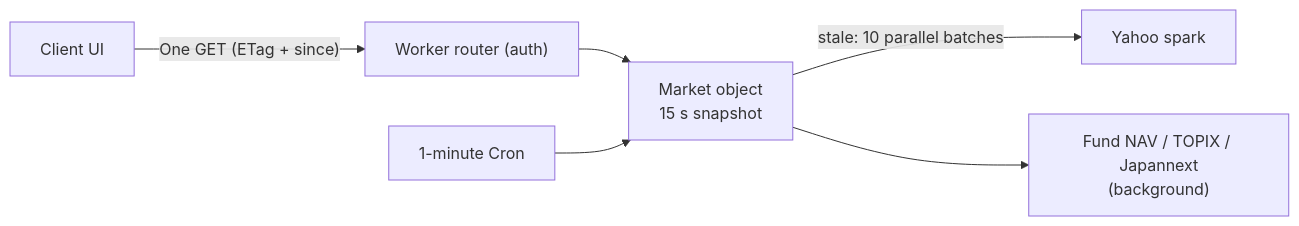
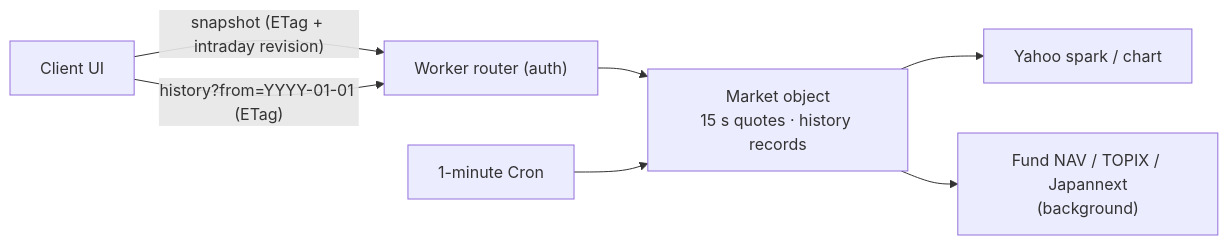
Before and after one commit to SotaYanagisawa/kabutora: the second of 2 diagrams in docs/architecture.md, drawn with Mermaid. The commit also changed other lines of this file and 143 other files, not shown here.

````diff
--- a/docs/architecture.md
+++ b/docs/architecture.md
@@ -77,8 +77,9 @@
 ```mermaid
 flowchart LR
-    Client["Client UI"] -->|"One GET (ETag + since)"| Edge["Worker router (auth)"]
-    Edge --> Hub["Market object\n15 s snapshot"]
-    Hub -->|"stale: 10 parallel batches"| Yahoo["Yahoo spark"]
-    Hub --> Pages["Fund NAV / TOPIX / Japannext\n(background)"]
-    Cron["1-minute Cron"] --> Hub
+    Client["Client UI"] -->|"snapshot (ETag + intraday revision)"| Edge["Worker router (auth)"]
+    Client -->|"history?from=YYYY-01-01 (ETag)"| Edge
+    Edge --> Service["Market object\n15 s quotes · history records"]
+    Service --> Yahoo["Yahoo spark / chart"]
+    Service --> Pages["Fund NAV / TOPIX / Japannext\n(background)"]
+    Cron["1-minute Cron"] --> Service
 ```
````
